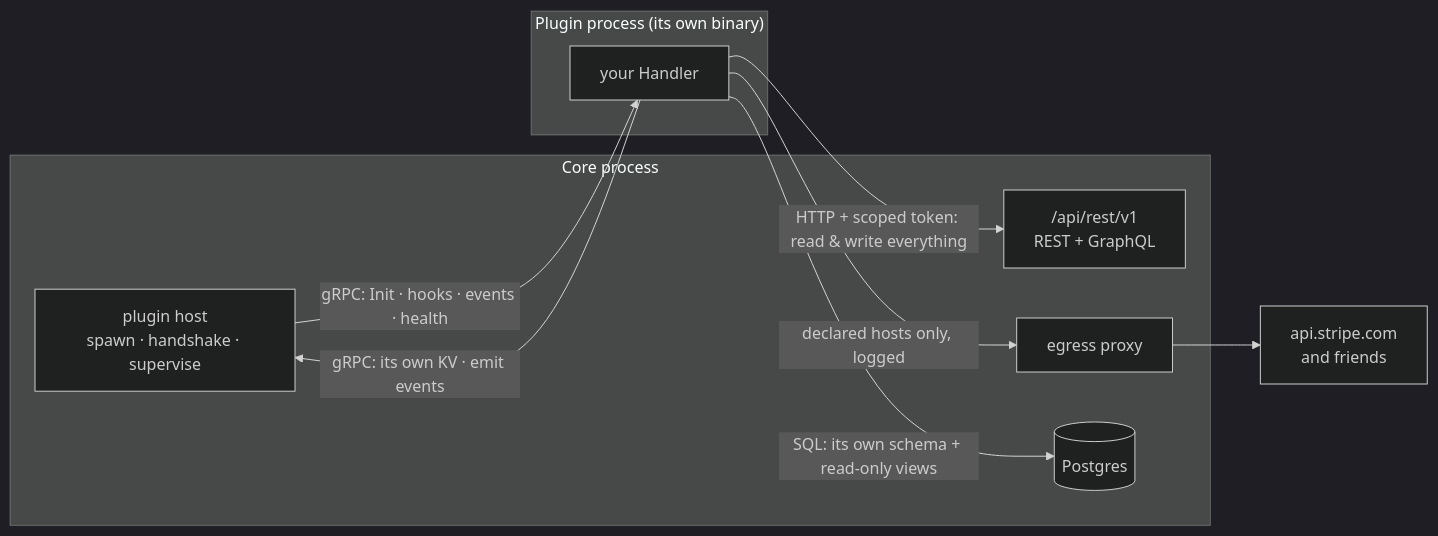
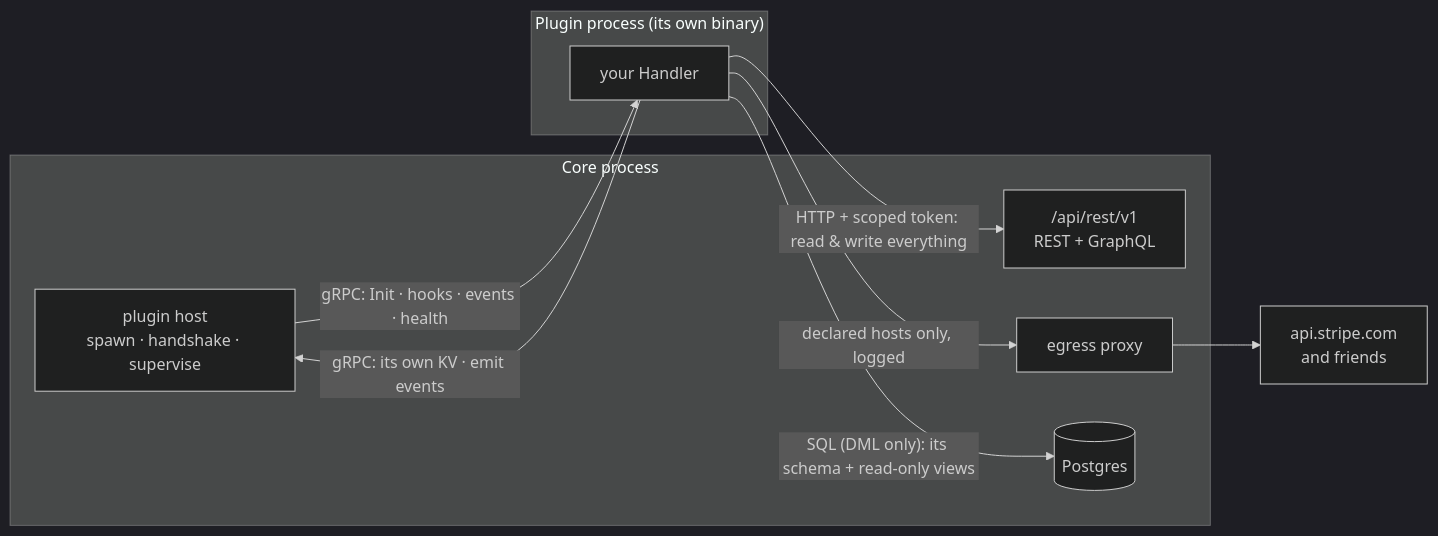
One commit to nilda-dev/plugin-sdk changed the diagram in docs/PLUGIN_SDK.md. Above: the diagram before and after it, drawn with Mermaid (dark theme). The commit also changed other lines of this file and 1 other file, not shown here.

````diff
--- a/docs/PLUGIN_SDK.md
+++ b/docs/PLUGIN_SDK.md
@@ -22,20 +22,20 @@
 ```mermaid
 flowchart LR
     subgraph core["Core process"]
         H["plugin host<br/>spawn · handshake · supervise"]
         API["/api/rest/v1<br/>REST + GraphQL"]
         EG["egress proxy"]
         PG[("Postgres")]
     end
     subgraph plug["Plugin process (its own binary)"]
         P["your Handler"]
     end
     EXT["api.stripe.com<br/>and friends"]
 
     H -- "gRPC: Init · hooks · events · health" --> P
     P -- "HTTP + scoped token: read & write everything" --> API
     P -- "gRPC: its own KV · emit events" --> H
-    P -- "SQL: its own schema + read-only views" --> PG
+    P -- "SQL (DML only): its schema + read-only views" --> PG
     P -- "declared hosts only, logged" --> EG
     EG --> EXT
 ```
````
